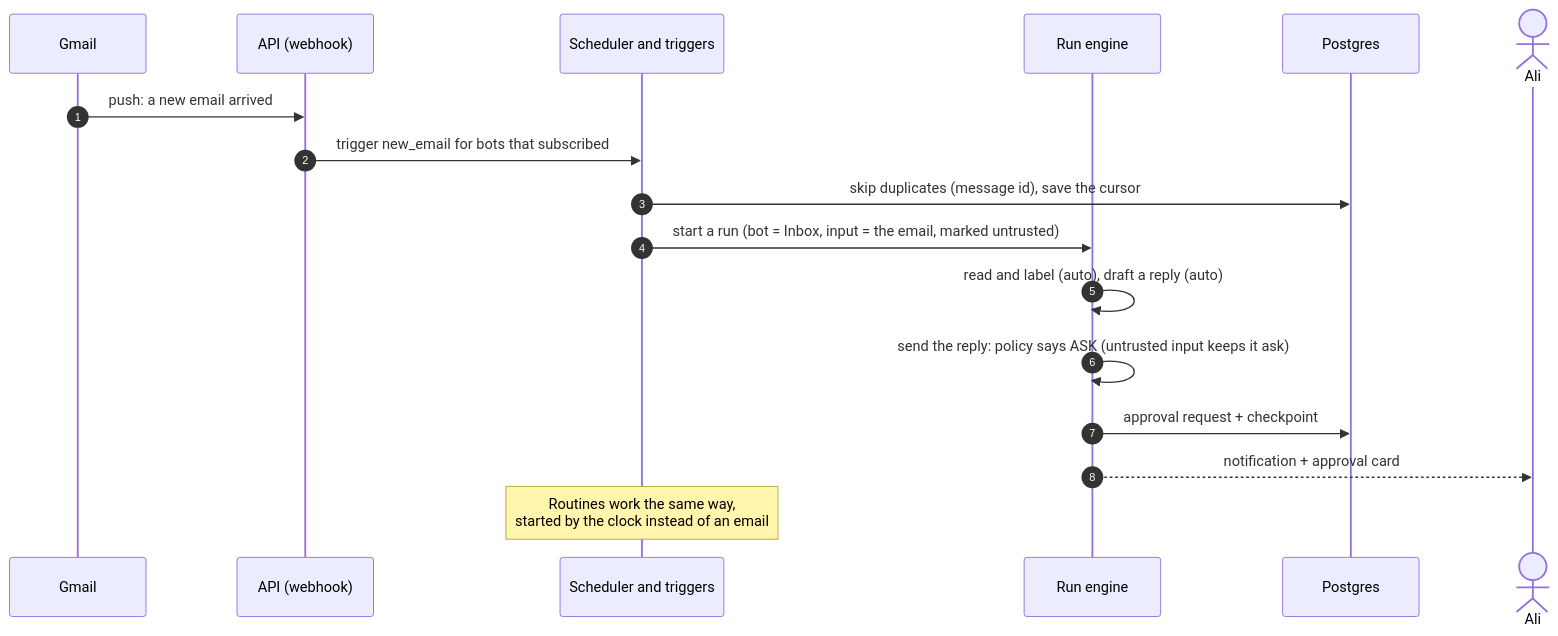
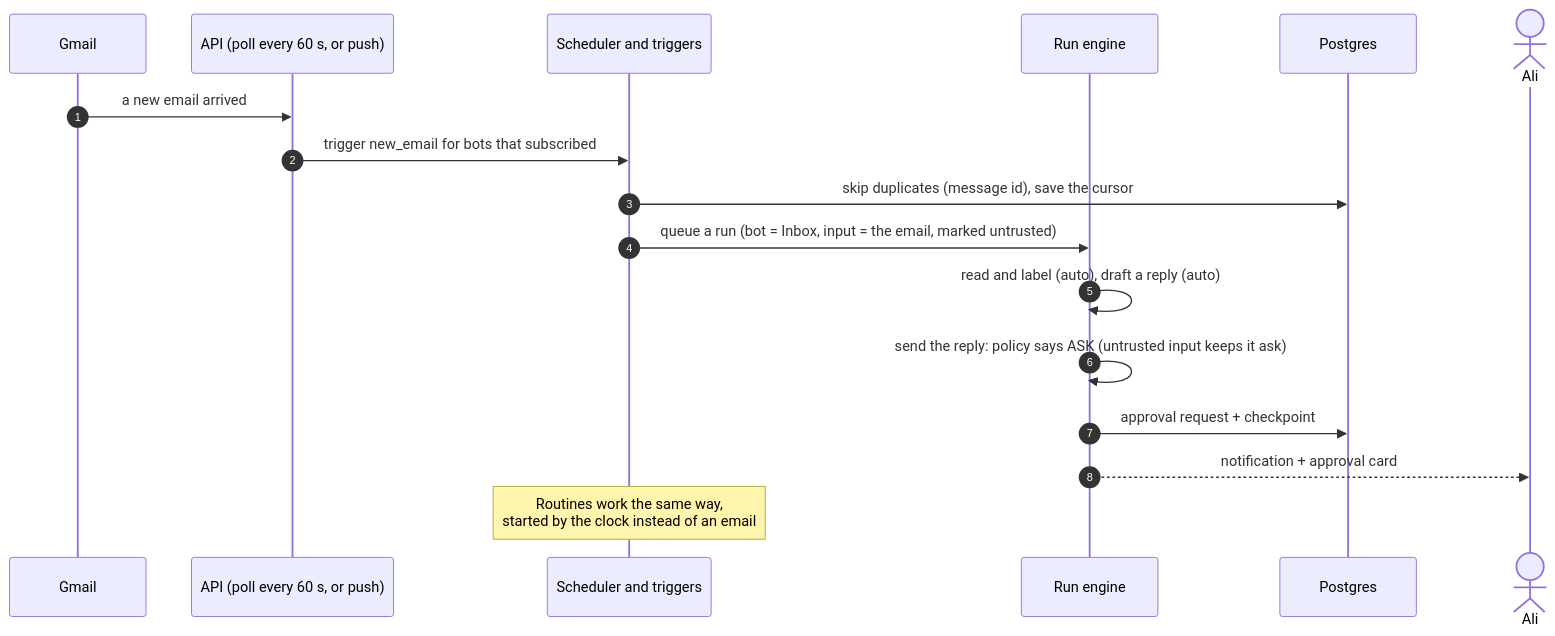
The diagram in docs/architecture/diagrams/06-trigger-sequence.mmd (alihassan-coder/botdesk), drawn with Mermaid before and after one commit. The commit also changed 26 other files, not shown here.

Commit message:
docs: architecture review, scaling design and open-source repo structure

```diff
--- a/docs/architecture/diagrams/06-trigger-sequence.mmd
+++ b/docs/architecture/diagrams/06-trigger-sequence.mmd
@@ -1,17 +1,17 @@
 sequenceDiagram
   autonumber
   participant G as Gmail
-  participant API as API (webhook)
+  participant API as API (poll every 60 s, or push)
   participant SCH as Scheduler and triggers
   participant RUN as Run engine
   participant DB as Postgres
   actor Ali as Ali
-  G->>API: push: a new email arrived
+  G->>API: a new email arrived
   API->>SCH: trigger new_email for bots that subscribed
   SCH->>DB: skip duplicates (message id), save the cursor
-  SCH->>RUN: start a run (bot = Inbox, input = the email, marked untrusted)
+  SCH->>RUN: queue a run (bot = Inbox, input = the email, marked untrusted)
   RUN->>RUN: read and label (auto), draft a reply (auto)
   RUN->>RUN: send the reply: policy says ASK (untrusted input keeps it ask)
   RUN->>DB: approval request + checkpoint
   RUN-->>Ali: notification + approval card
   Note over SCH: Routines work the same way,<br/>started by the clock instead of an email
```
